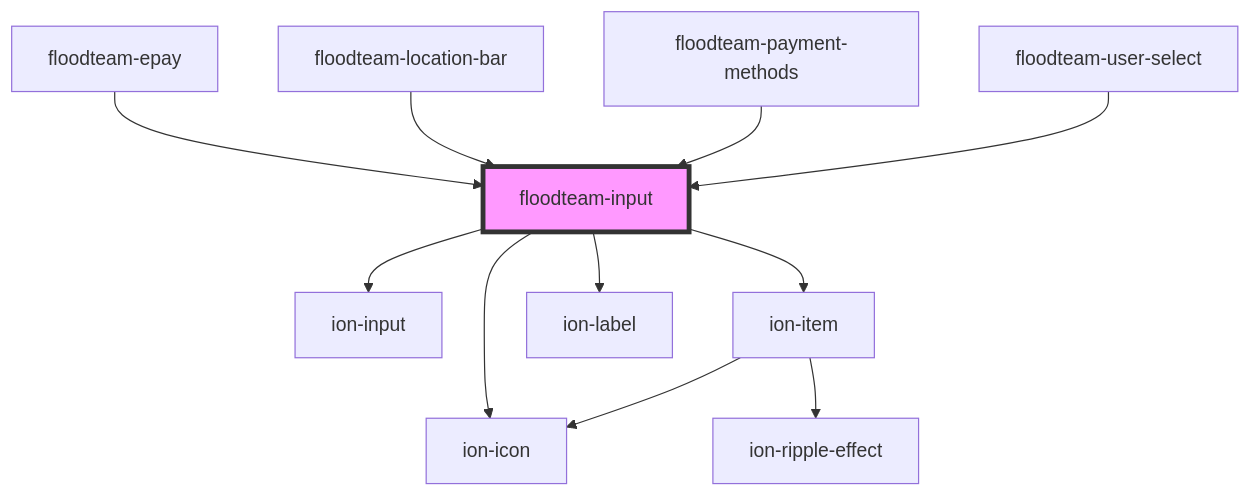
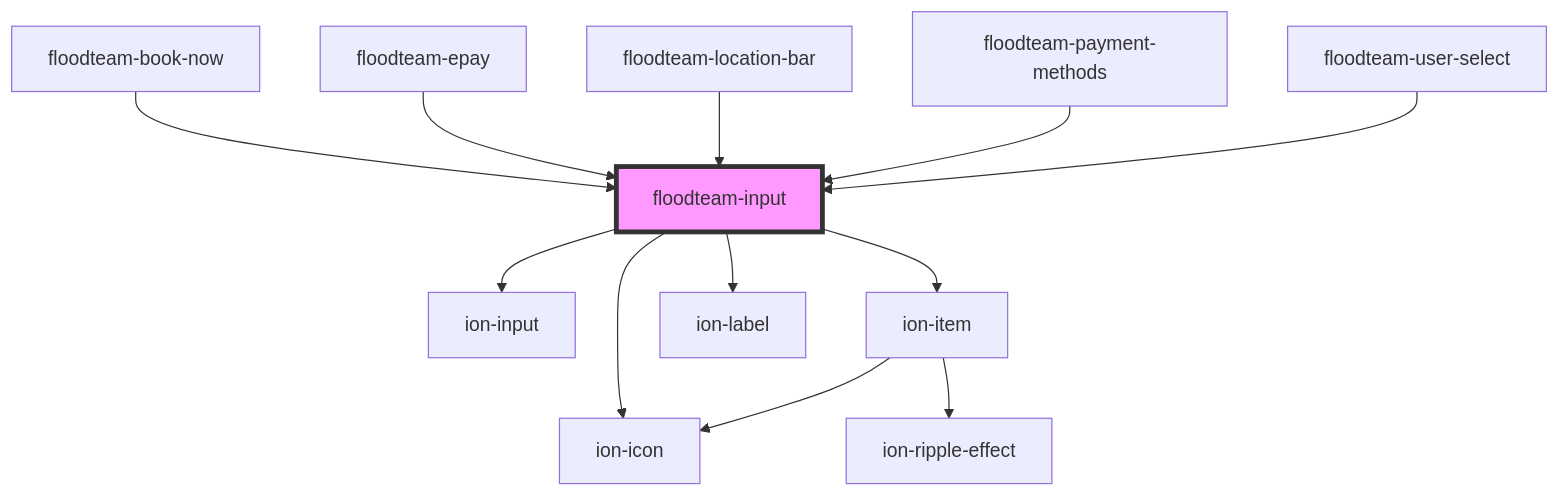
One commit to FloodTeam/components changed the diagram in src/components/input/readme.md. Above: the diagram before and after it, drawn with Mermaid. The commit also changed other lines of this file and 22 other files, not shown here.

Commit message:
fix(): Add book now component, fix loader, change out thumbs up for checkmark, and  mock fireenjin events for component testing

````diff
--- a/src/components/input/readme.md
+++ b/src/components/input/readme.md
@@ -124,14 +125,15 @@
 ```mermaid
 graph TD;
   floodteam-input --> ion-input
   floodteam-input --> ion-item
   floodteam-input --> ion-icon
   floodteam-input --> ion-label
   ion-item --> ion-icon
   ion-item --> ion-ripple-effect
+  floodteam-book-now --> floodteam-input
   floodteam-epay --> floodteam-input
   floodteam-location-bar --> floodteam-input
   floodteam-payment-methods --> floodteam-input
   floodteam-user-select --> floodteam-input
   style floodteam-input fill:#f9f,stroke:#333,stroke-width:4px
 ```
````
